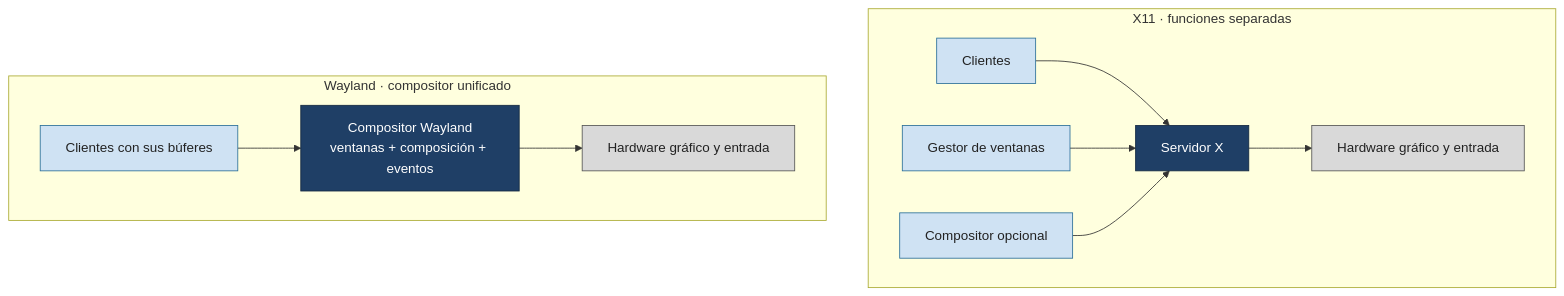
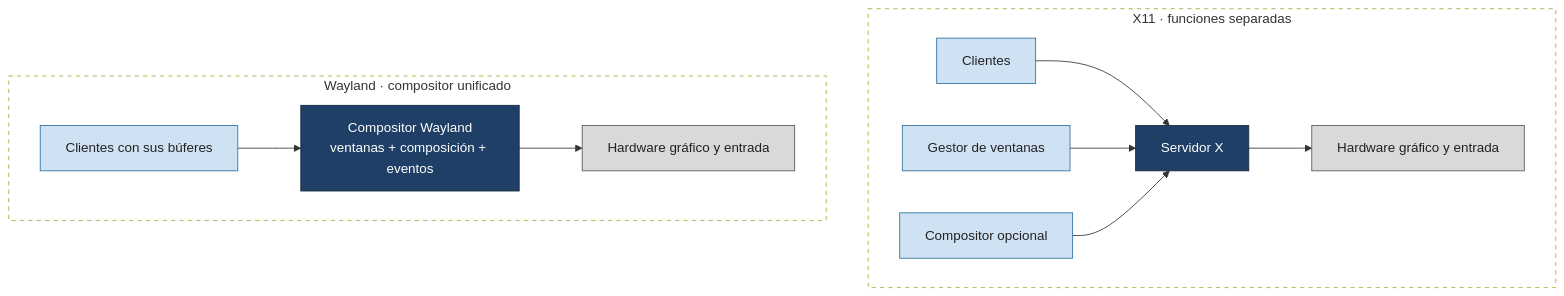
The second of 2 diagrams in TEORIA/13-gui/README.md (asiermarzo/ssoo), drawn with Mermaid before and after one commit. The commit also changed 12 other files, not shown here.

Commit message:
ajuste subrects de mermaids

````diff
--- a/TEORIA/13-gui/README.md
+++ b/TEORIA/13-gui/README.md
@@ -58,21 +58,23 @@
 ```mermaid
 flowchart TB
     subgraph X["X11 · funciones separadas"]
         XA[Clientes] --> XS[Servidor X]
         XW[Gestor de ventanas] --> XS
         XC[Compositor opcional] --> XS
         XS --> XH[Hardware gráfico y entrada]
     end
     subgraph W["Wayland · compositor unificado"]
         WA[Clientes con sus búferes] --> WC["Compositor Wayland<br/>ventanas + composición + eventos"]
         WC --> WH[Hardware gráfico y entrada]
     end
 
     classDef nucleo fill:#1f3f66,stroke:#132840,color:#ffffff;
     classDef cliente fill:#cfe2f3,stroke:#2b6f99,color:#222;
     classDef hardware fill:#d9d9d9,stroke:#555,color:#222;
 
     class XS,WC nucleo;
     class XA,XW,XC,WA cliente;
     class XH,WH hardware;
+    style X fill:none,stroke-dasharray: 5 5;
+    style W fill:none,stroke-dasharray: 5 5;
 ```
````
